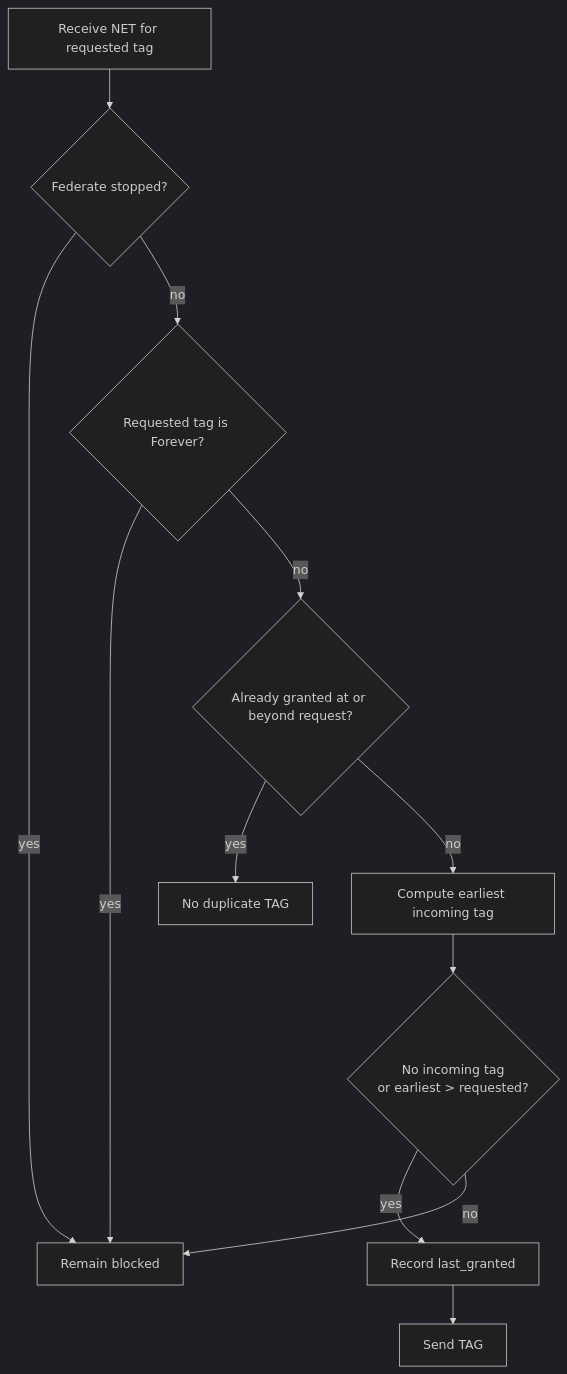
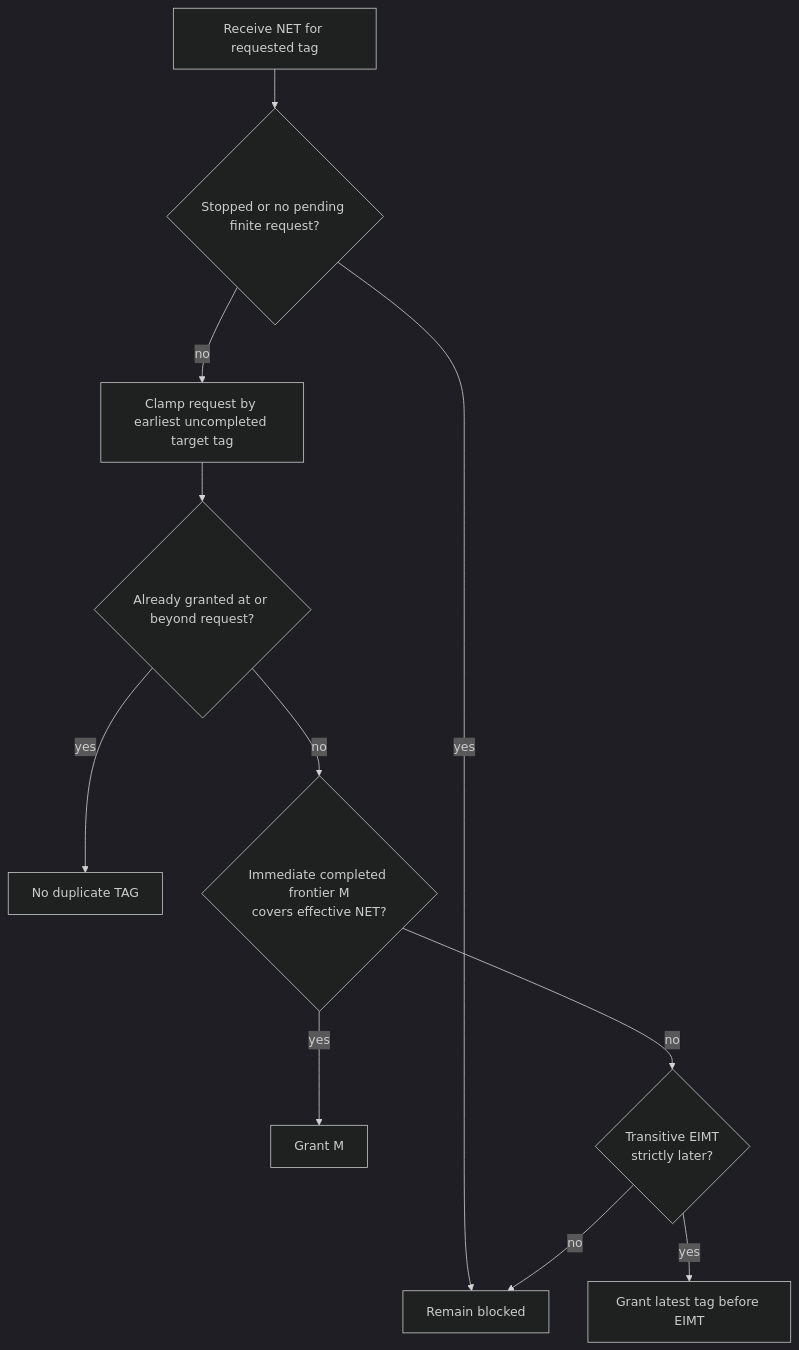
The second of 4 diagrams in docs/federated-protocol.md (jondo2010/boomerang), drawn with Mermaid (dark theme) before and after one commit. The commit also changed other lines of this file and 24 other files, not shown here.

````diff
--- a/docs/federated-protocol.md
+++ b/docs/federated-protocol.md
@@ -107,14 +142,13 @@
 ```mermaid
 flowchart TD
-    A[Receive NET for requested tag] --> B{Federate stopped?}
+    A[Receive NET for requested tag] --> B{Stopped or no pending finite request?}
     B -- yes --> X[Remain blocked]
-    B -- no --> C{Requested tag is Forever?}
-    C -- yes --> X
-    C -- no --> D{Already granted at or beyond request?}
+    B -- no --> C[Clamp request by earliest uncompleted target tag]
+    C --> D{Already granted at or beyond request?}
     D -- yes --> Y[No duplicate TAG]
-    D -- no --> E[Compute earliest incoming tag]
-    E --> F{No incoming tag<br/>or earliest > requested?}
-    F -- yes --> G[Record last_granted]
-    G --> H[Send TAG]
+    D -- no --> E{Immediate completed frontier M<br/>covers effective NET?}
+    E -- yes --> G[Grant M]
+    E -- no --> F{Transitive EIMT<br/>strictly later?}
+    F -- yes --> H[Grant latest tag before EIMT]
     F -- no --> X
 ```
````
